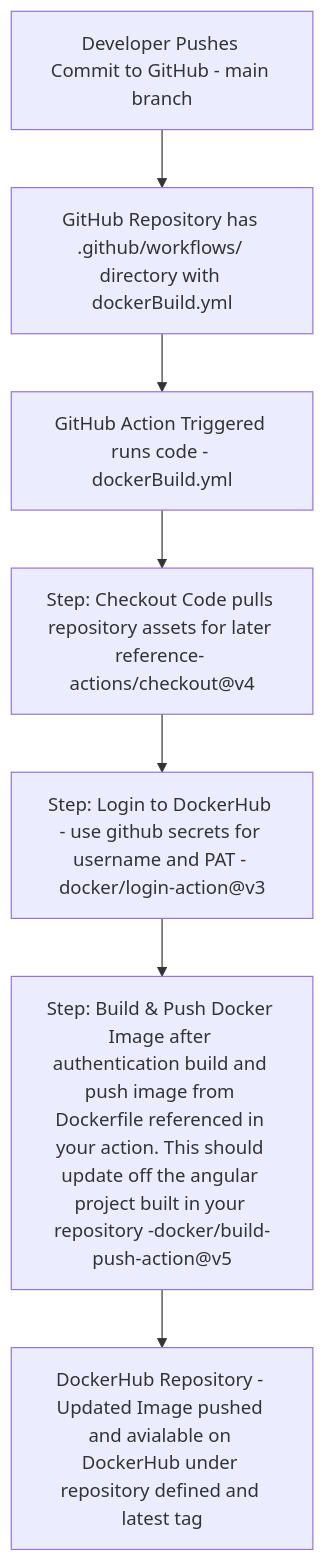
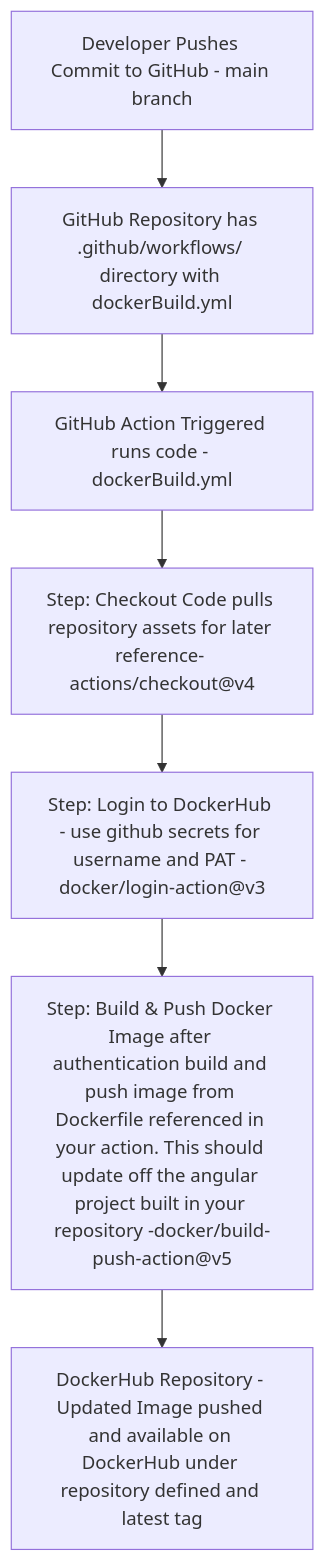
One commit to WSU-kduncan/ceg3120-cicd-dcronauer changed the diagram in Project4/README-CI.md. Above: the diagram before and after it, drawn with Mermaid. The commit also changed other lines of this file, not shown here.

````diff
--- a/Project4/README-CI.md
+++ b/Project4/README-CI.md
@@ -28,17 +28,17 @@
 ```mermaid
 flowchart TD
     Dev[Developer Pushes Commit to GitHub - main branch]
     GitHub[GitHub Repository has .github/workflows/ directory with dockerBuild.yml]
     Workflow[GitHub Action Triggered runs code - dockerBuild.yml]
     Checkout[Step: Checkout Code pulls repository assets for later reference- actions/checkout@v4]
     DockerLogin[Step: Login to DockerHub - use github secrets for username and PAT - docker/login-action@v3]
     BuildPush[Step: Build & Push Docker Image after authentication build and push image from Dockerfile referenced in your action. This should update off the angular project built in your repository -docker/build-push-action@v5]
-    DockerHub[DockerHub Repository - Updated Image pushed and avialable on DockerHub under repository defined and latest tag]
+    DockerHub[DockerHub Repository - Updated Image pushed and available on DockerHub under repository defined and latest tag]
 
     Dev --> GitHub
     GitHub --> Workflow
     Workflow --> Checkout
     Checkout --> DockerLogin
     DockerLogin --> BuildPush
     BuildPush --> DockerHub
 ```
````
